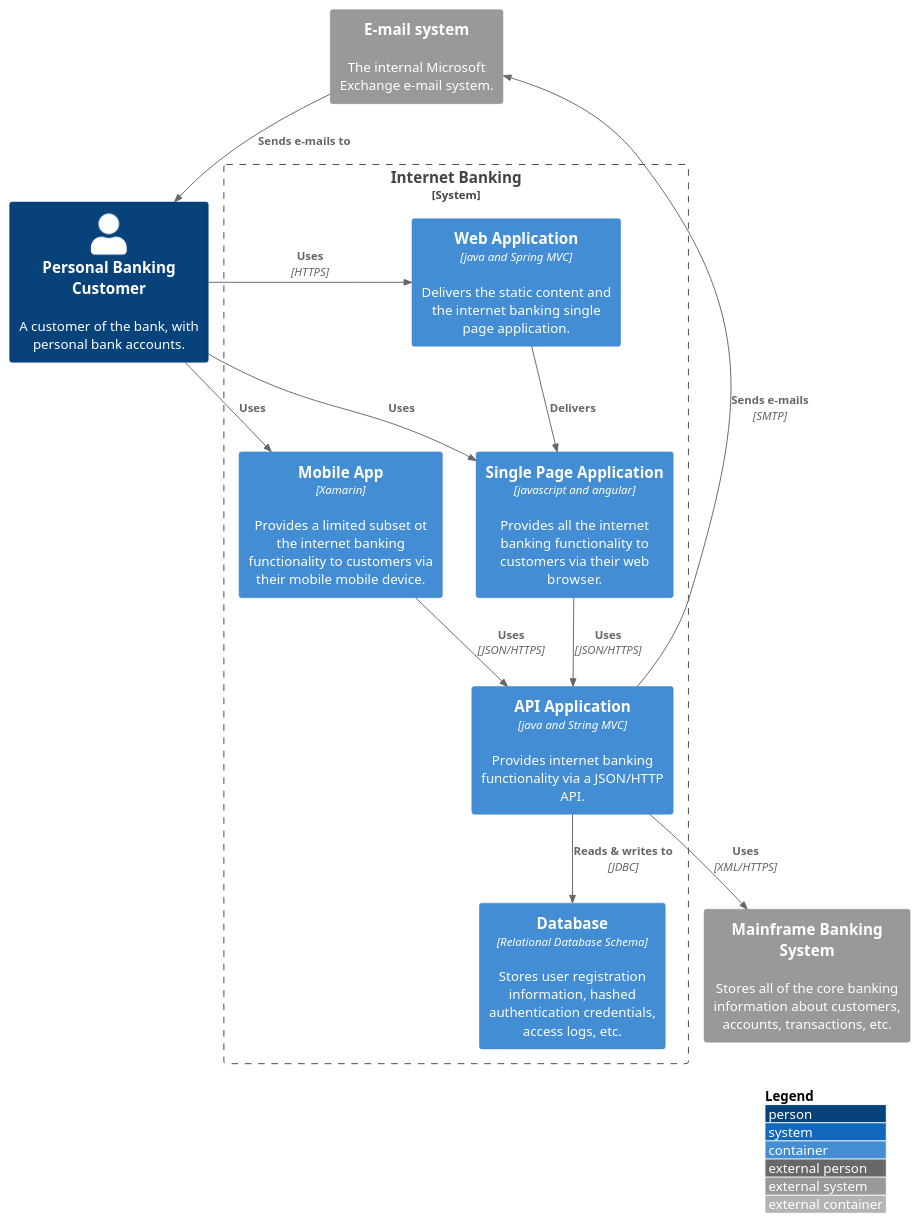
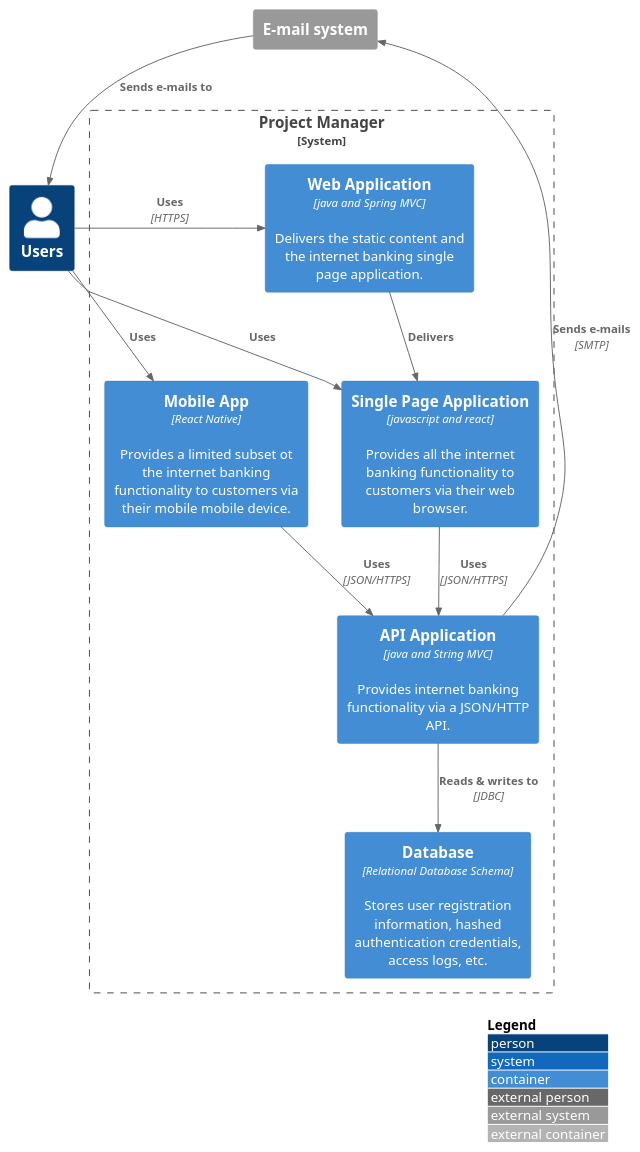
The diagram in ProjectManager-Doc/src/1 Project Manager/1.2 System/system.puml (NathanaelCarauna/ProjectManager), drawn with PlantUML before and after one commit. The commit also changed other lines of this file, not shown here.

Commit message:
Doc: add container diagram

```diff
--- a/ProjectManager-Doc/src/1 Project Manager/1.2 System/system.puml
+++ b/ProjectManager-Doc/src/1 Project Manager/1.2 System/system.puml
@@ -1,28 +1,26 @@
 @startuml
 !include https://raw.githubusercontent.com/adrianvlupu/C4-PlantUML/latest/C4_Container.puml
 
 LAYOUT_WITH_LEGEND()
 
-Person(pbc, "Personal Banking Customer", "A customer of the bank, with personal bank accounts.")
-System_Ext(es, "E-mail system", "The internal Microsoft Exchange e-mail system.")
-System_Ext(mbs, "Mainframe Banking System", "Stores all of the core banking information about customers, accounts, transactions, etc.")
-System_Boundary(ibs, "Internet Banking") {
-    Container(wa, "Web Application", "java and Spring MVC", "Delivers the static content and the internet banking single page application.")
-    Container(spa, "Single Page Application", "javascript and angular", "Provides all the internet banking functionality to customers via their web browser.")
-    Container(ma, "Mobile App", "Xamarin", "Provides a limited subset ot the internet banking functionality to customers via their mobile mobile device.")
+Person(users, "Users", "")
+System_Ext(es, "E-mail system", "")
+System_Boundary(app, "Project Manager") {
+    Container(webApp, "Web Application", "java and Spring MVC", "Delivers the static content and the internet banking single page application.")
+    Container(spa, "Single Page Application", "javascript and react", "Provides all the internet banking functionality to customers via their web browser.")
+    Container(mobileApp, "Mobile App", "React Native", "Provides a limited subset ot the internet banking functionality to customers via their mobile mobile device.")
     Container(db, "Database", "Relational Database Schema", "Stores user registration information, hashed authentication credentials, access logs, etc.")
     Container(api, "API Application", "java and String MVC", "Provides internet banking functionality via a JSON/HTTP API.")
 
     Rel(api, es, "Sends e-mails", "SMTP")
-    Rel(api, mbs, "Uses", "XML/HTTPS")
     Rel(api, db, "Reads & writes to", "JDBC")
-    Rel(wa, spa, "Delivers")
+    Rel(webApp, spa, "Delivers")
     Rel(spa, api, "Uses", "JSON/HTTPS")
-    Rel(ma, api, "Uses", "JSON/HTTPS")
+    Rel(mobileApp, api, "Uses", "JSON/HTTPS")
 }
 
-Rel(pbc, wa, "Uses", "HTTPS")
-Rel(pbc, spa, "Uses")
-Rel(pbc, ma, "Uses")
-Rel(es, pbc, "Sends e-mails to")
+Rel(users, webApp, "Uses", "HTTPS")
+Rel(users, spa, "Uses")
+Rel(users, mobileApp, "Uses")
+Rel(es, users, "Sends e-mails to")
 @enduml
```
